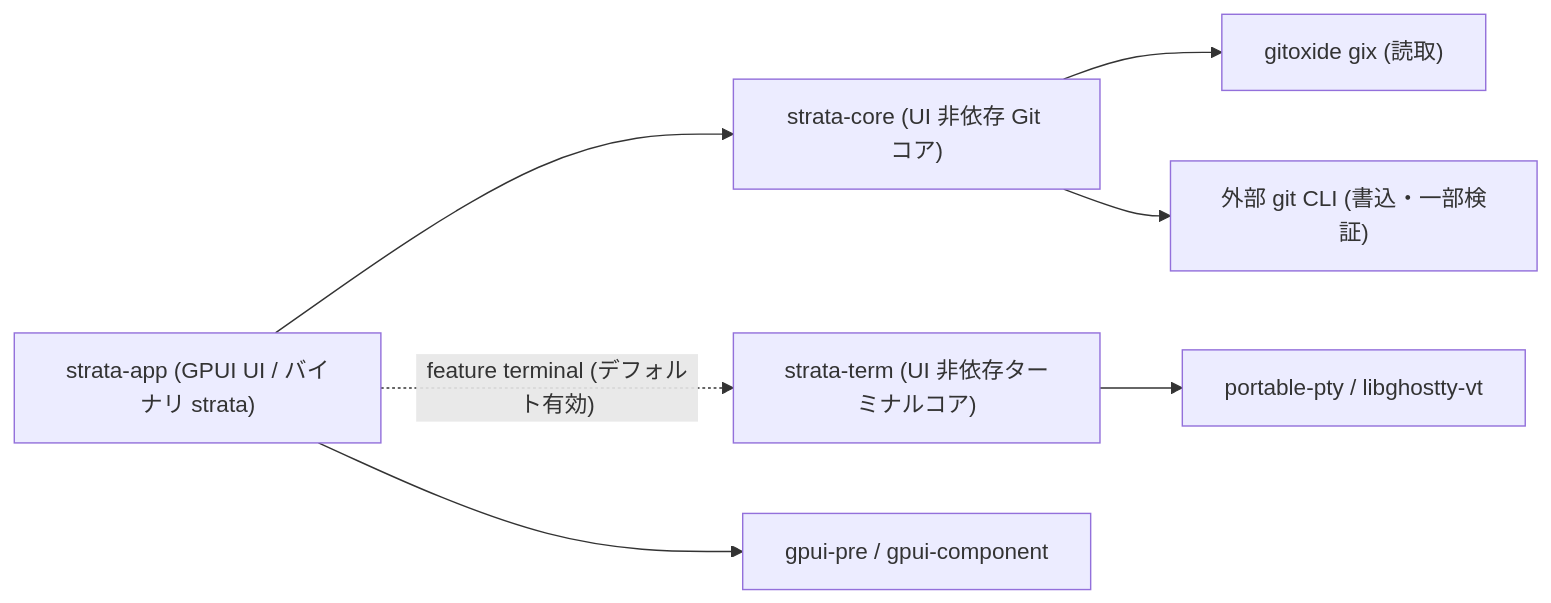
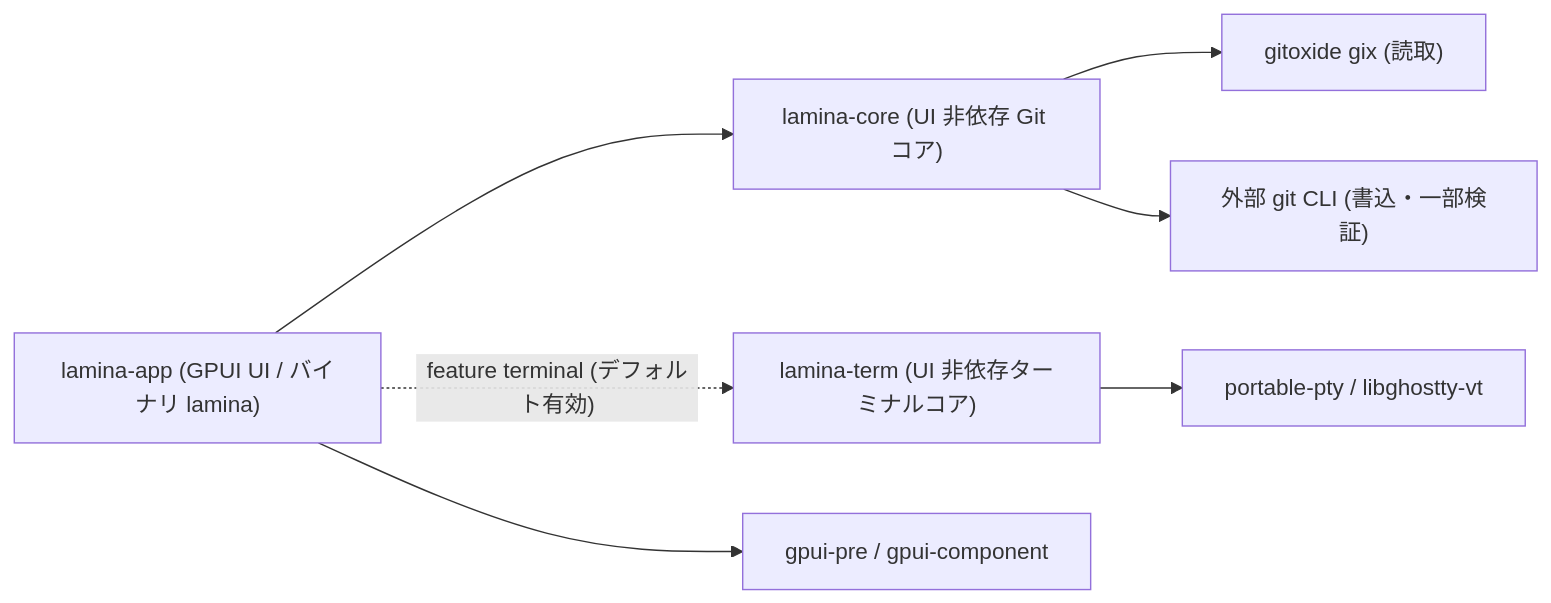
One commit to satotek/lamina changed the first of 3 diagrams in docs/design/architecture.md. Above: the diagram before and after it, drawn with Mermaid. The commit also changed other lines of this file and 521 other files, not shown here.

First line of the commit message:
refactor!: rename the app from Strata to Lamina

````diff
--- a/docs/design/architecture.md
+++ b/docs/design/architecture.md
@@ -24,17 +24,17 @@
 ```mermaid
 flowchart LR
-    app["strata-app (GPUI UI / バイナリ strata)"]
-    core["strata-core (UI 非依存 Git コア)"]
-    term["strata-term (UI 非依存ターミナルコア)"]
+    app["lamina-app (GPUI UI / バイナリ lamina)"]
+    core["lamina-core (UI 非依存 Git コア)"]
+    term["lamina-term (UI 非依存ターミナルコア)"]
     gix["gitoxide gix (読取)"]
     gitcli["外部 git CLI (書込・一部検証)"]
     pty["portable-pty / libghostty-vt"]
     gpui["gpui-pre / gpui-component"]
 
     app --> core
     app -. "feature terminal (デフォルト有効)" .-> term
     app --> gpui
     core --> gix
     core --> gitcli
     term --> pty
 ```
````
